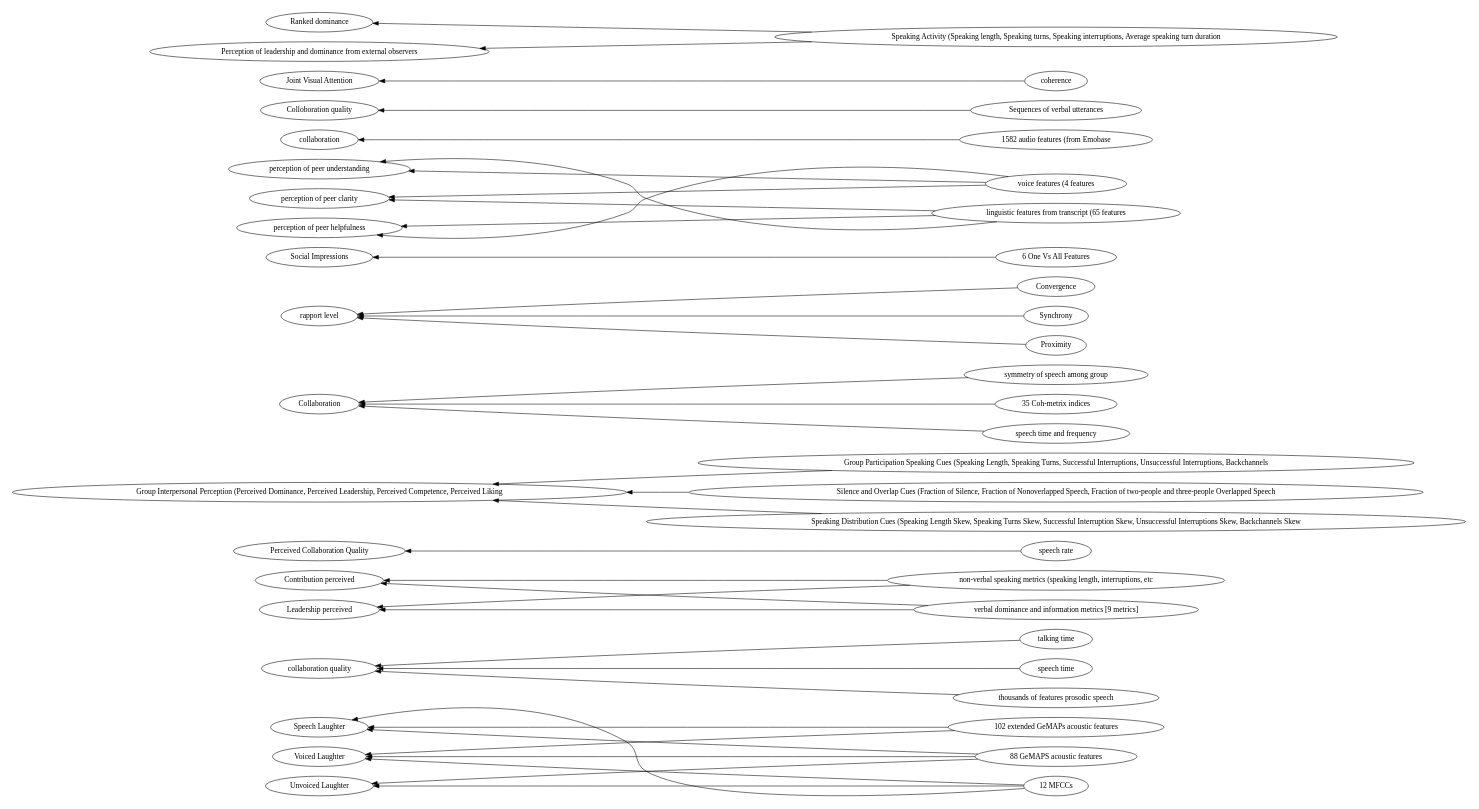
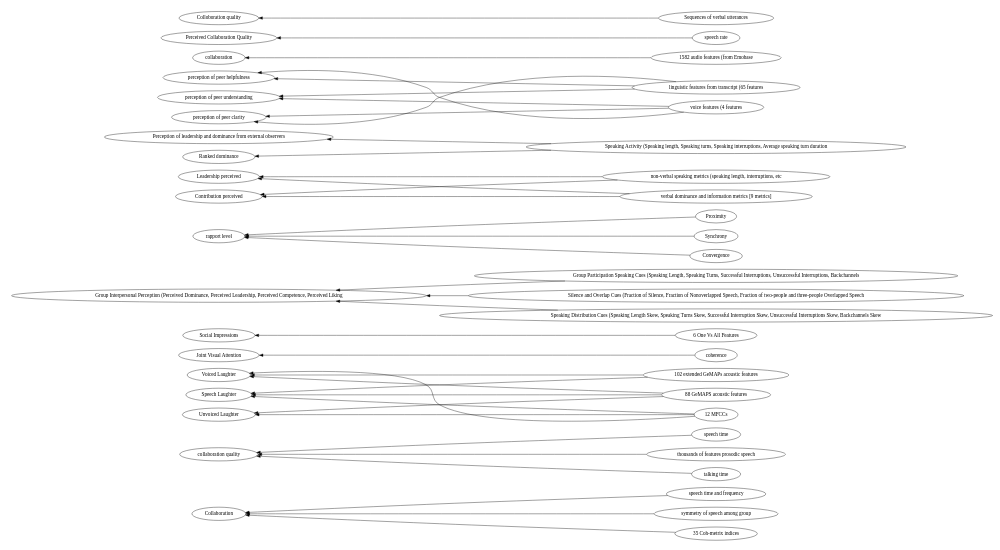
One commit to hgse-schneider/mmca changed the diagram in graphviz/Verbal -> interpersonal.gv. Above: the diagram before and after it, drawn with Graphviz. The commit also changed 168 other files, not shown here.

First line of the commit message:
resized the graphs

```diff
--- a/graphviz/Verbal -> interpersonal.gv
+++ b/graphviz/Verbal -> interpersonal.gv
@@ -1,10 +1,10 @@
 digraph Test {
 	rankdir=RL
-	size="15,15"
+	size="10,10"
 	overlap=false
 	splines=true
-	{rank=same; "102 extended GeMAPs acoustic features" "talking time" "non-verbal speaking metrics (speaking length, interruptions, etc" "verbal dominance and information metrics [9 metrics]" "speech rate" "Group Participation Speaking Cues (Speaking Length, Speaking Turns, Successful Interruptions, Unsuccessful Interruptions, Backchannels" "symmetry of speech among group" "Silence and Overlap Cues (Fraction of Silence, Fraction of Nonoverlapped Speech, Fraction of two-people and three-people Overlapped Speech" "Convergence" "Synchrony" "6 One Vs All Features" "35 Coh-metrix indices" "voice features (4 features" "12 MFCCs" "1582 audio features (from Emobase" "88 GeMAPS acoustic features" "speech time and frequency" "speech time" "Proximity" "Speaking Distribution Cues (Speaking Length Skew, Speaking Turns Skew, Successful Interruption Skew, Unsuccessful Interruptions Skew, Backchannels Skew" "thousands of features prosodic speech" "Sequences of verbal utterances" "linguistic features from transcript (65 features" "coherence" "Speaking Activity (Speaking length, Speaking turns, Speaking interruptions, Average speaking turn duration";}
-	{rank=same; "Colloboration quality" "rapport level" "Ranked dominance" "Perceived Collaboration Quality" "Collaboration" "Perception of leadership and dominance from external observers" "Joint Visual Attention" "perception of peer understanding" "Social Impressions" "Unvoiced Laughter" "perception of peer clarity" "collaboration quality" "Contribution perceived" "perception of peer helpfulness" "collaboration" "Group Interpersonal Perception (Perceived Dominance, Perceived Leadership, Perceived Competence, Perceived Liking" "Voiced Laughter" "Leadership perceived" "Speech Laughter";}
+	{rank=same; "speech time and frequency" "speech time" "102 extended GeMAPs acoustic features" "coherence" "6 One Vs All Features" "Group Participation Speaking Cues (Speaking Length, Speaking Turns, Successful Interruptions, Unsuccessful Interruptions, Backchannels" "Proximity" "non-verbal speaking metrics (speaking length, interruptions, etc" "Synchrony" "symmetry of speech among group" "Speaking Activity (Speaking length, Speaking turns, Speaking interruptions, Average speaking turn duration" "linguistic features from transcript (65 features" "12 MFCCs" "voice features (4 features" "1582 audio features (from Emobase" "thousands of features prosodic speech" "speech rate" "verbal dominance and information metrics [9 metrics]" "Sequences of verbal utterances" "talking time" "Silence and Overlap Cues (Fraction of Silence, Fraction of Nonoverlapped Speech, Fraction of two-people and three-people Overlapped Speech" "Speaking Distribution Cues (Speaking Length Skew, Speaking Turns Skew, Successful Interruption Skew, Unsuccessful Interruptions Skew, Backchannels Skew" "88 GeMAPS acoustic features" "35 Coh-metrix indices" "Convergence";}
+	{rank=same; "perception of peer helpfulness" "collaboration quality" "Perception of leadership and dominance from external observers" "Colloboration quality" "Joint Visual Attention" "perception of peer understanding" "Leadership perceived" "Perceived Collaboration Quality" "Unvoiced Laughter" "Collaboration" "perception of peer clarity" "Group Interpersonal Perception (Perceived Dominance, Perceived Leadership, Perceived Competence, Perceived Liking" "collaboration" "Social Impressions" "Ranked dominance" "Speech Laughter" "rapport level" "Contribution perceived" "Voiced Laughter";}
 	"verbal dominance and information metrics [9 metrics]" [href="https://scholar.google.com/scholar?hl=en&q=A%20Multimodal-Sensor-Enabled%20Room%20for%20Unobtrusive%20Group%20Meeting%20Analysis"]
 	"verbal dominance and information metrics [9 metrics]" -> "Leadership perceived"
 	"verbal dominance and information metrics [9 metrics]" [href="https://scholar.google.com/scholar?hl=en&q=A%20Multimodal-Sensor-Enabled%20Room%20for%20Unobtrusive%20Group%20Meeting%20Analysis"]
```
